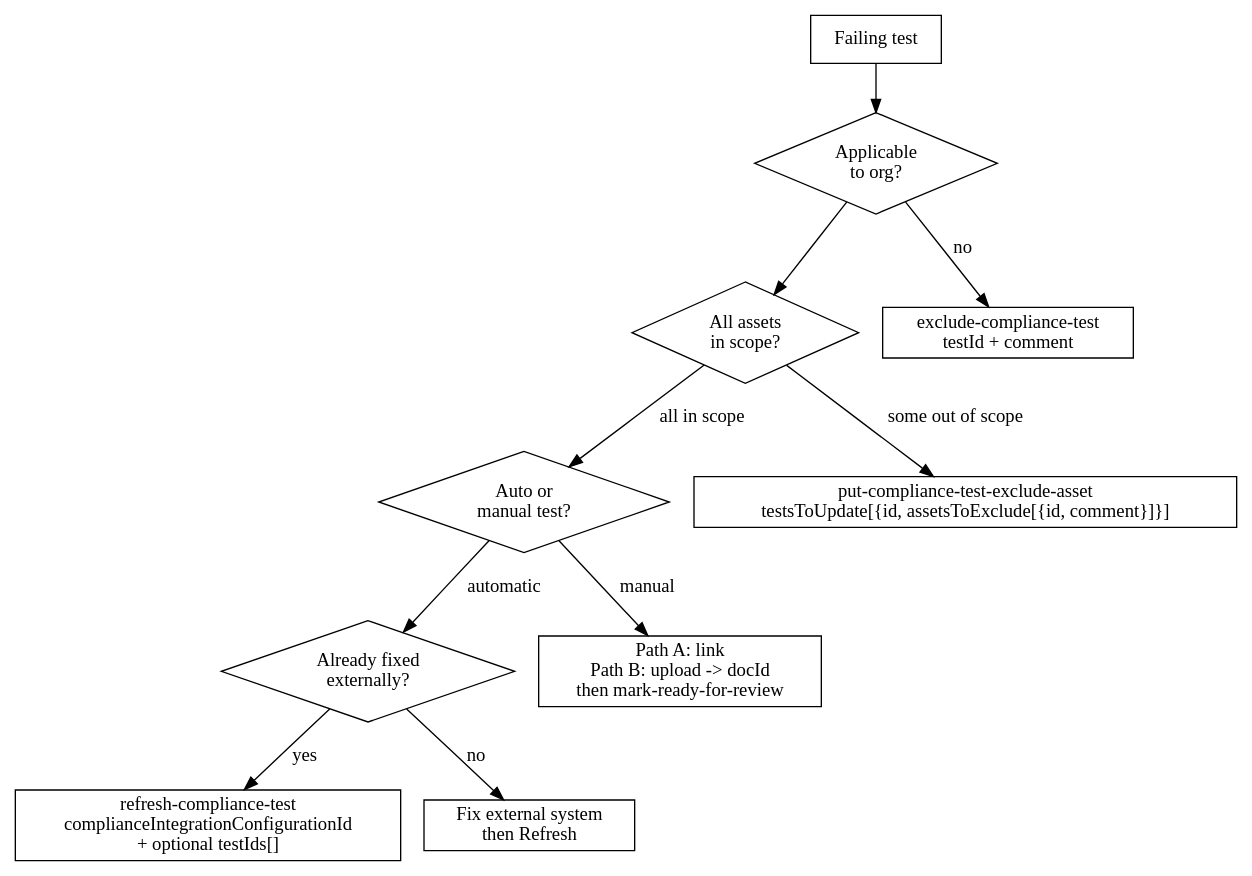
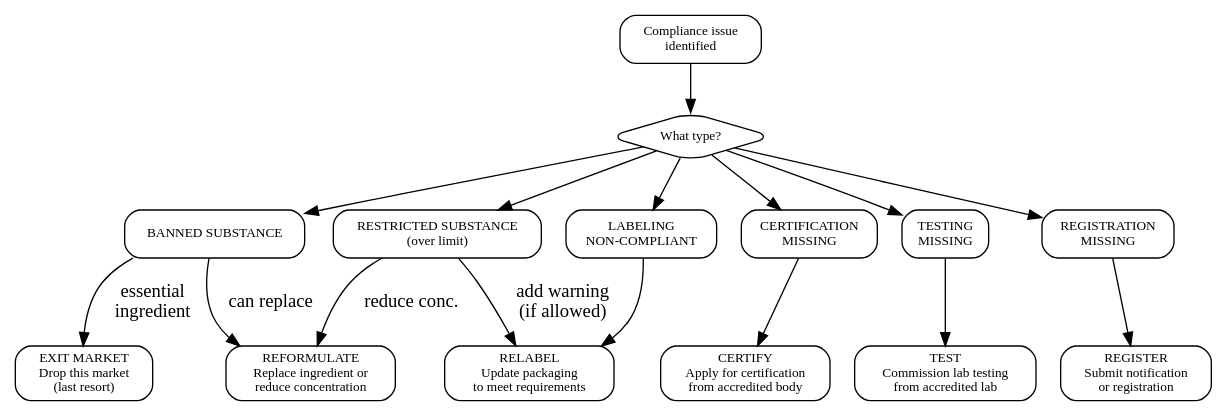
Before and after one commit to Cleo-Labs-IA/skills_library: the diagram in skills/compliance-remediation/SKILL.md, drawn with Graphviz. The commit also changed other lines of this file and 20 other files, not shown here.

````diff
--- a/skills/compliance-remediation/SKILL.md
+++ b/skills/compliance-remediation/SKILL.md
@@ -12,26 +14,34 @@
 ```dot
 digraph {
-  rankdir=TB
-  node [shape=diamond]
-  Start [shape=box label="Failing test"]
-  NA [label="Applicable\nto org?"]
-  Asset [label="All assets\nin scope?"]
-  Auto [label="Auto or\nmanual test?"]
-  Fixed [label="Already fixed\nexternally?"]
-  node [shape=box]
-  Start -> NA
-  NA -> Exclude [label="no"]
-  NA -> Asset
-  Asset -> ExcludeAsset [label="some out of scope"]
-  Asset -> Auto [label="all in scope"]
-  Auto -> Fixed [label="automatic"]
-  Auto -> Evidence [label="manual"]
-  Fixed -> Refresh [label="yes"]
-  Fixed -> Fix [label="no"]
-  Exclude [label="exclude-compliance-test\ntestId + comment"]
-  ExcludeAsset [label="put-compliance-test-exclude-asset\ntestsToUpdate[{id, assetsToExclude[{id, comment}]}]"]
-  Refresh [label="refresh-compliance-test\ncomplianceIntegrationConfigurationId\n+ optional testIds[]"]
-  Evidence [label="Path A: link\nPath B: upload -> docId\nthen mark-ready-for-review"]
-  Fix [label="Fix external system\nthen Refresh"]
+  rankdir=TB; node [shape=box style=rounded fontsize=10];
+  issue [label="Compliance issue\nidentified"];
+  type [label="What type?" shape=diamond];
+  
+  ban [label="BANNED SUBSTANCE"];
+  restrict [label="RESTRICTED SUBSTANCE\n(over limit)"];
+  label_wrong [label="LABELING\nNON-COMPLIANT"];
+  cert_missing [label="CERTIFICATION\nMISSING"];
+  test_missing [label="TESTING\nMISSING"];
+  reg_missing [label="REGISTRATION\nMISSING"];
+  
+  reformulate [label="REFORMULATE\nReplace ingredient or\nreduce concentration"];
+  relabel [label="RELABEL\nUpdate packaging\nto meet requirements"];
+  certify [label="CERTIFY\nApply for certification\nfrom accredited body"];
+  test [label="TEST\nCommission lab testing\nfrom accredited lab"];
+  register [label="REGISTER\nSubmit notification\nor registration"];
+  exit [label="EXIT MARKET\nDrop this market\n(last resort)"];
+  
+  issue -> type;
+  type -> ban; type -> restrict; type -> label_wrong;
+  type -> cert_missing; type -> test_missing; type -> reg_missing;
+  
+  ban -> reformulate [label="can replace"];
+  ban -> exit [label="essential\ningredient"];
+  restrict -> reformulate [label="reduce conc."];
+  restrict -> relabel [label="add warning\n(if allowed)"];
+  label_wrong -> relabel;
+  cert_missing -> certify;
+  test_missing -> test;
+  reg_missing -> register;
 }
 ```
````
